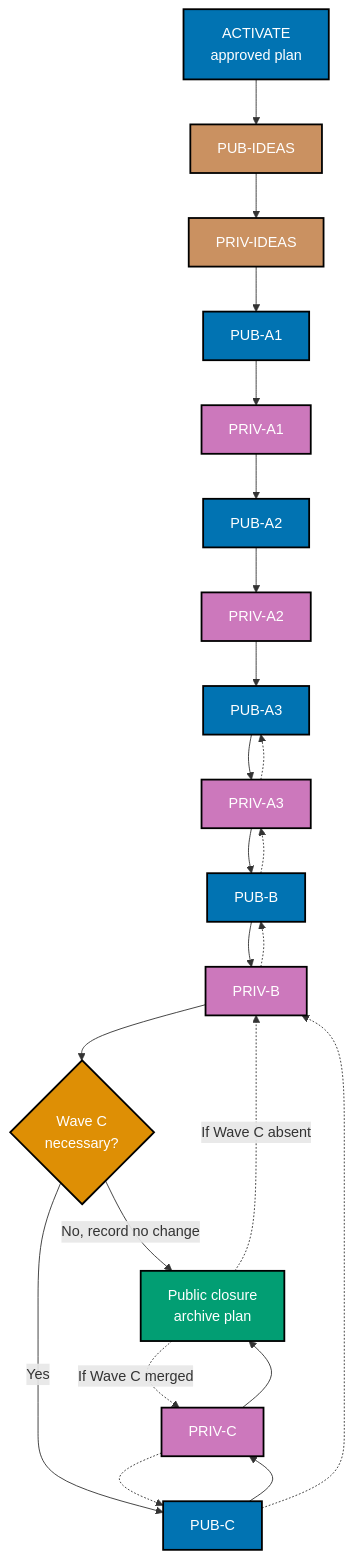
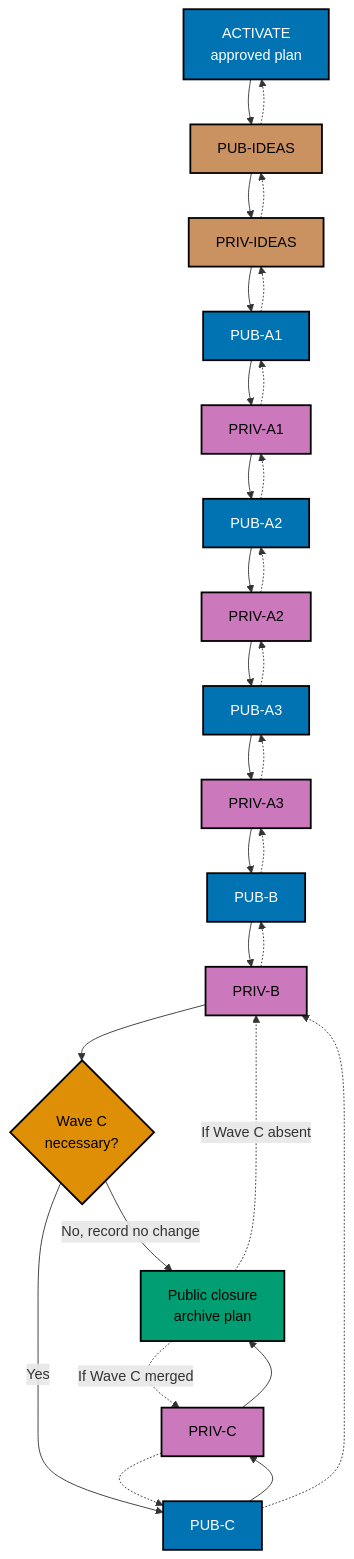
One commit to wahidyankf/open-sharia-fintech changed the third of 3 diagrams in plans/in-progress/optimize-pr-process/tech-docs.md. Above: the diagram before and after it, drawn with Mermaid. The commit also changed other lines of this file and 1 other file, not shown here.

````diff
--- a/plans/in-progress/optimize-pr-process/tech-docs.md
+++ b/plans/in-progress/optimize-pr-process/tech-docs.md
@@ -152,22 +157,23 @@
 ```mermaid
 %% Color Palette: Blue #0173B2, Orange #DE8F05, Teal #029E73, Purple #CC78BC, Brown #CA9161
 flowchart TD
     accTitle: Sequential delivery and reverse dependency rollback
     accDescr: Activation precedes idea retirement, paired public and private waves, an optional mechanism decision, and closure. Rollback moves in the opposite order.
     A["ACTIVATE<br/>approved plan"]:::blue --> I1["PUB-IDEAS"]:::brown --> I2["PRIV-IDEAS"]:::brown
     I2 --> PA1["PUB-A1"]:::blue --> VA1["PRIV-A1"]:::purple
     VA1 --> PA2["PUB-A2"]:::blue --> VA2["PRIV-A2"]:::purple
     VA2 --> PA3["PUB-A3"]:::blue --> VA3["PRIV-A3"]:::purple
     VA3 --> PB["PUB-B"]:::blue --> VB["PRIV-B"]:::purple
     VB --> C{"Wave C<br/>necessary?"}:::orange
     C -->|No, record no change| Z["Public closure<br/>archive plan"]:::teal
     C -->|Yes| PC["PUB-C"]:::blue --> VC["PRIV-C"]:::purple --> Z
     Z -. "If Wave C merged" .-> VC
     Z -. "If Wave C absent" .-> VB
     VC -.-> PC -.-> VB -.-> PB -.-> VA3 -.-> PA3
+    PA3 -.-> VA2 -.-> PA2 -.-> VA1 -.-> PA1 -.-> I2 -.-> I1 -.-> A
     classDef blue fill:#0173B2,stroke:#000000,color:#FFFFFF,stroke-width:2px
-    classDef orange fill:#DE8F05,stroke:#000000,color:#FFFFFF,stroke-width:2px
-    classDef teal fill:#029E73,stroke:#000000,color:#FFFFFF,stroke-width:2px
-    classDef purple fill:#CC78BC,stroke:#000000,color:#FFFFFF,stroke-width:2px
-    classDef brown fill:#CA9161,stroke:#000000,color:#FFFFFF,stroke-width:2px
+    classDef orange fill:#DE8F05,stroke:#000000,color:#000000,stroke-width:2px
+    classDef teal fill:#029E73,stroke:#000000,color:#000000,stroke-width:2px
+    classDef purple fill:#CC78BC,stroke:#000000,color:#000000,stroke-width:2px
+    classDef brown fill:#CA9161,stroke:#000000,color:#000000,stroke-width:2px
 ```
````
